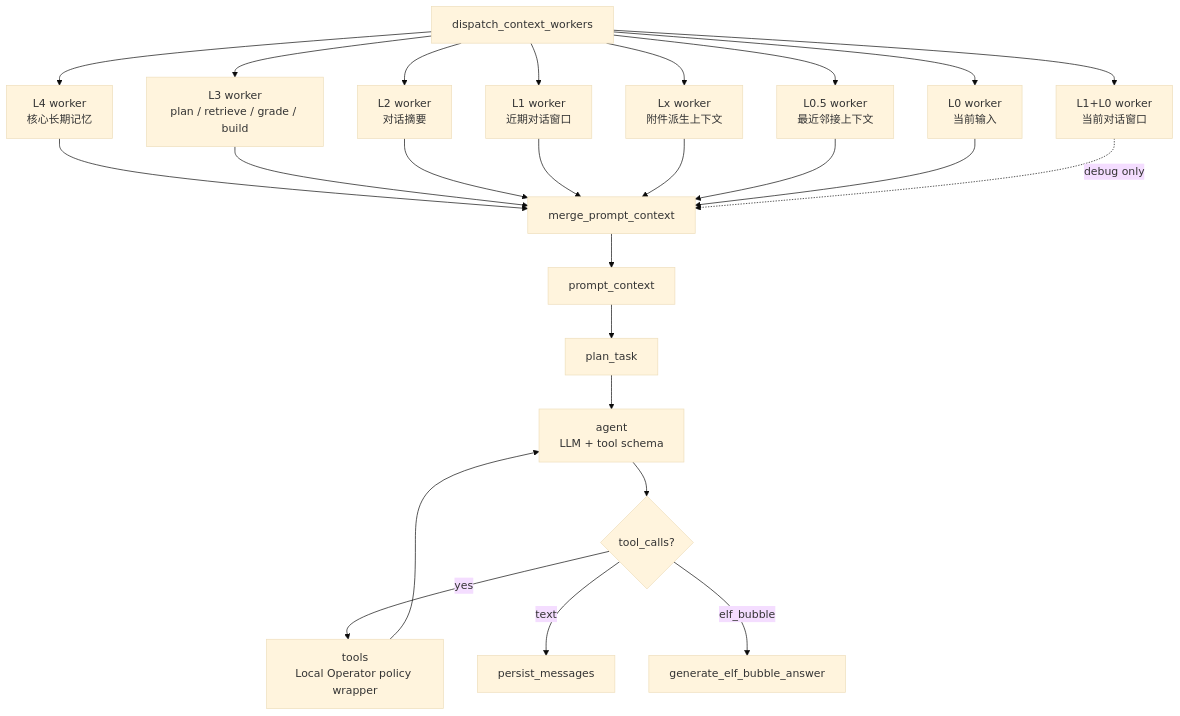
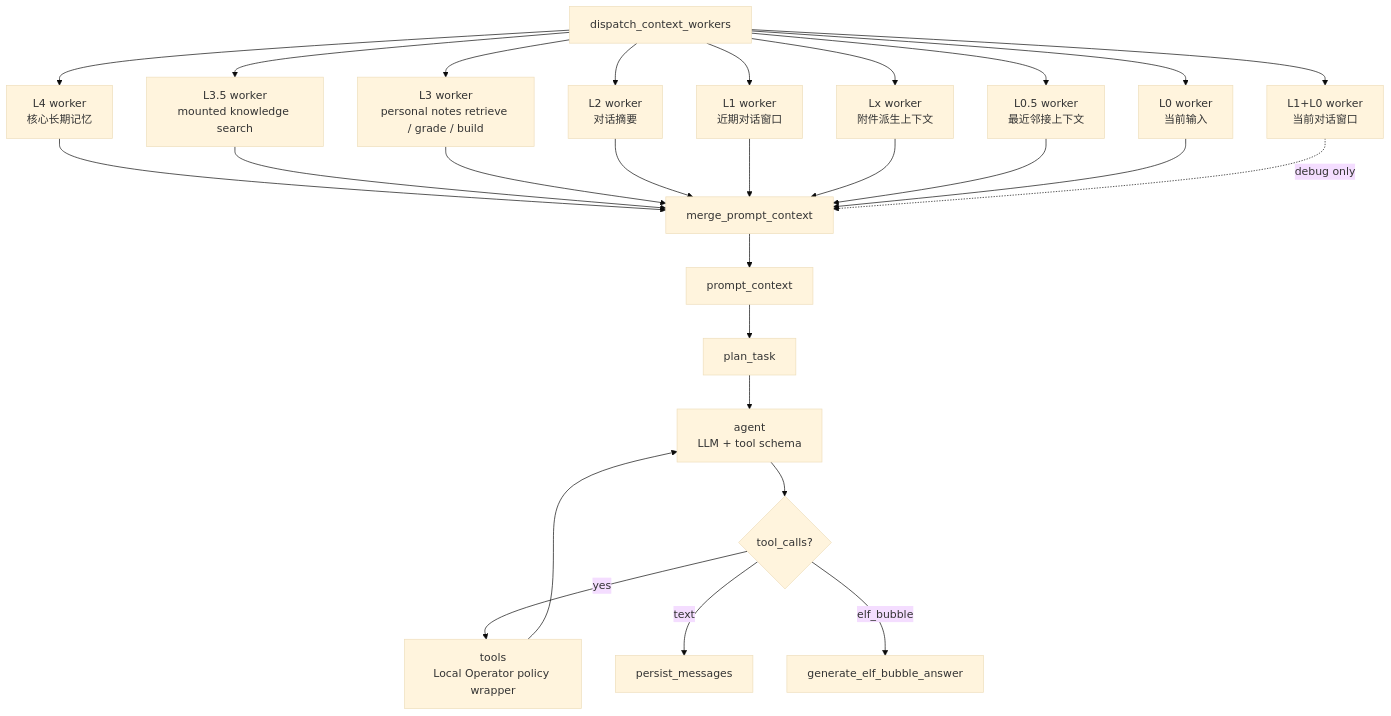
Before and after one commit to LiuJiaxuan1024/AiMemo: the second of 5 diagrams in docs/agent/memory-chat-graph.md, drawn with Mermaid (base theme). The commit also changed other lines of this file and 9 other files, not shown here.

````diff
--- a/docs/agent/memory-chat-graph.md
+++ b/docs/agent/memory-chat-graph.md
@@ -519,29 +522,31 @@
 ```mermaid
 flowchart TD
     Dispatch[dispatch_context_workers] --> L4[L4 worker<br/>核心长期记忆]
-    Dispatch --> L3[L3 worker<br/>plan / retrieve / grade / build]
+    Dispatch --> K35[L3.5 worker<br/>mounted knowledge search]
+    Dispatch --> L3[L3 worker<br/>personal notes retrieve / grade / build]
     Dispatch --> L2[L2 worker<br/>对话摘要]
     Dispatch --> L1[L1 worker<br/>近期对话窗口]
     Dispatch --> LX[Lx worker<br/>附件派生上下文]
     Dispatch --> L05[L0.5 worker<br/>最近邻接上下文]
     Dispatch --> L0[L0 worker<br/>当前输入]
     Dispatch --> Window[L1+L0 worker<br/>当前对话窗口]
 
     L4 --> Merge[merge_prompt_context]
+    K35 --> Merge
     L3 --> Merge
     L2 --> Merge
     L1 --> Merge
     LX --> Merge
     L05 --> Merge
     L0 --> Merge
     Window -. debug only .-> Merge
 
     Merge --> Prompt[prompt_context]
     Prompt --> Plan[plan_task]
     Plan --> Agent[agent<br/>LLM + tool schema]
     Agent --> Route{tool_calls?}
     Route -->|yes| Tools[tools<br/>Local Operator policy wrapper]
     Tools --> Agent
     Route -->|text| Persist[persist_messages]
     Route -->|elf_bubble| BubbleGenerate[generate_elf_bubble_answer]
 ```
````
